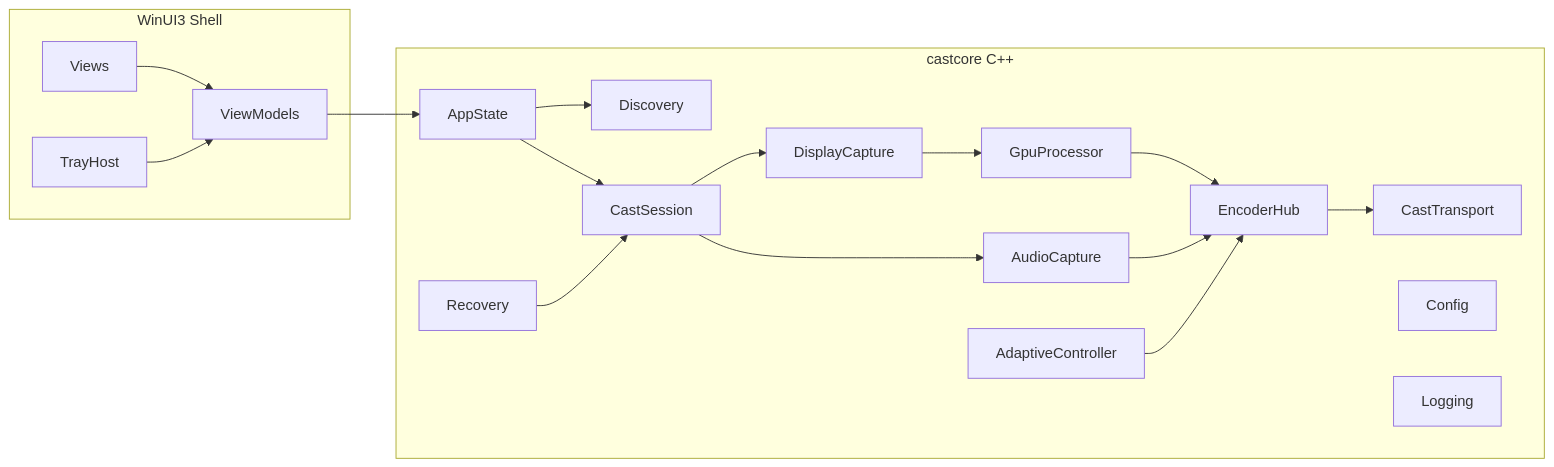
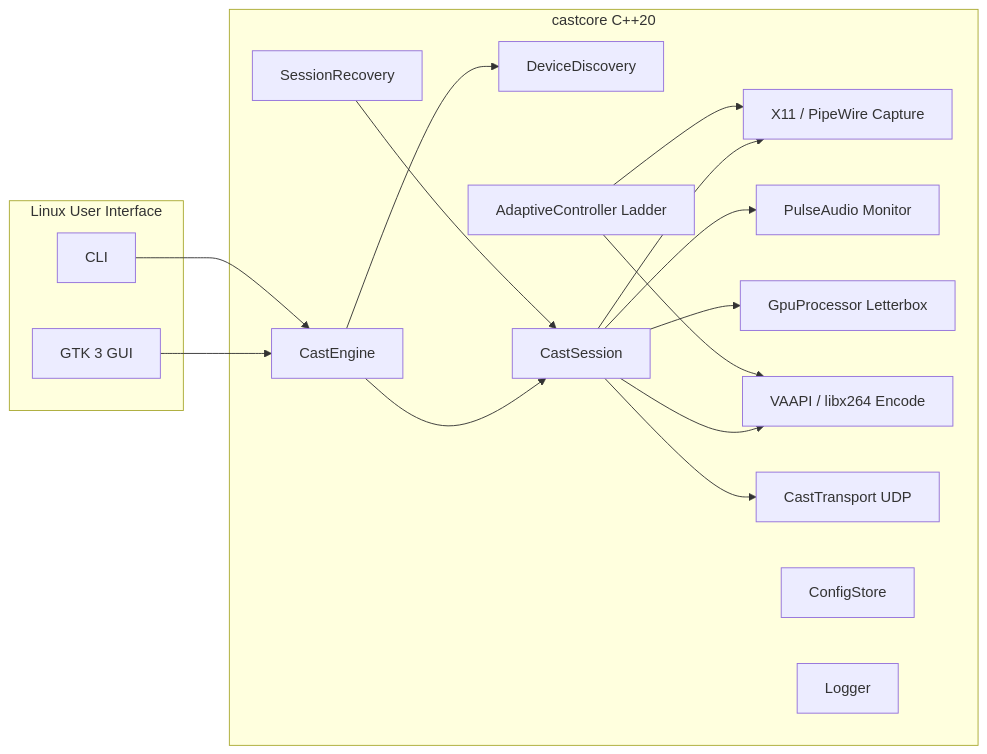
One commit to vindeckyy/CastMirror changed the second of 2 diagrams in docs/ARCHITECTURE.md. Above: the diagram before and after it, drawn with Mermaid. The commit also changed other lines of this file and 85 other files, not shown here.

Commit message:
Overhaul Linux casting quality and GTK UI

````diff
--- a/docs/ARCHITECTURE.md
+++ b/docs/ARCHITECTURE.md
@@ -101,35 +100,33 @@
 ```mermaid
 flowchart LR
-    subgraph ui [WinUI3 Shell]
-        View[Views]
-        VM[ViewModels]
-        Tray[TrayHost]
+    subgraph ui [Linux User Interface]
+        GTK[GTK 3 GUI]
+        CLI[CLI]
     end
-    subgraph core [castcore C++]
-        AppState[AppState]
-        Disc[Discovery]
+    subgraph core [castcore C++20]
+        Engine[CastEngine]
+        Disc[DeviceDiscovery]
         Sess[CastSession]
-        CapV[DisplayCapture]
-        CapA[AudioCapture]
-        Gpu[GpuProcessor]
-        Enc[EncoderHub]
-        Tx[CastTransport]
-        Adapt[AdaptiveController]
-        Recov[Recovery]
-        Cfg[Config]
-        Log[Logging]
+        CapV[X11 / PipeWire Capture]
+        CapA[PulseAudio Monitor]
+        Gpu[GpuProcessor Letterbox]
+        Enc[VAAPI / libx264 Encode]
+        Tx[CastTransport UDP]
+        Adapt[AdaptiveController Ladder]
+        Recov[SessionRecovery]
+        Cfg[ConfigStore]
+        Log[Logger]
     end
-    View --> VM
-    Tray --> VM
-    VM --> AppState
-    AppState --> Disc
-    AppState --> Sess
+    GTK --> Engine
+    CLI --> Engine
+    Engine --> Disc
+    Engine --> Sess
     Sess --> CapV
     Sess --> CapA
-    CapV --> Gpu
-    Gpu --> Enc
-    CapA --> Enc
-    Enc --> Tx
+    Sess --> Gpu
+    Sess --> Enc
+    Sess --> Tx
     Adapt --> Enc
+    Adapt --> CapV
     Recov --> Sess
 ```
````
